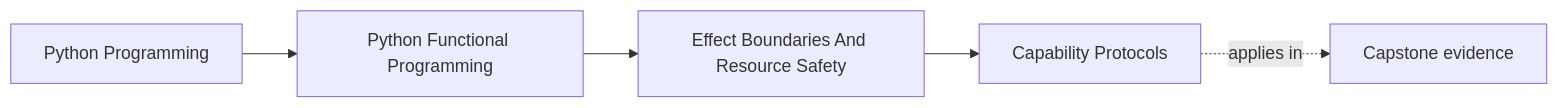
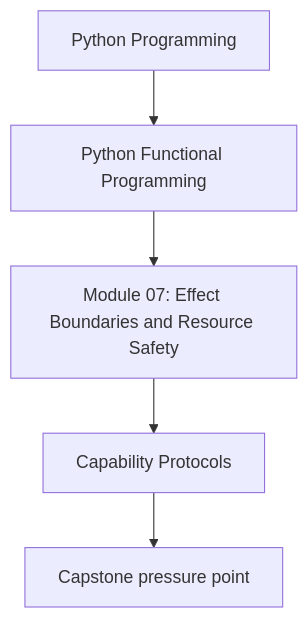
The first of 2 diagrams in programs/python-programming/python-functional-programming/course-book/module-07-effect-boundaries-and-resource-safety/capability-protocols.md (bijux/bijux-masterclass), drawn with Mermaid before and after one commit. The commit also changed other lines of this file and 118 other files, not shown here.

Commit message:
docs(python-functional-programming): align concept page diagrams

````diff
--- a/programs/python-programming/python-functional-programming/course-book/module-07-effect-boundaries-and-resource-safety/capability-protocols.md
+++ b/programs/python-programming/python-functional-programming/course-book/module-07-effect-boundaries-and-resource-safety/capability-protocols.md
@@ -7,11 +7,7 @@
 ```mermaid
-graph LR
-  family["Python Programming"]
-  program["Python Functional Programming"]
-  section["Effect Boundaries And Resource Safety"]
-  page["Capability Protocols"]
-  capstone["Capstone evidence"]
-
-  family --> program --> section --> page
-  page -.applies in.-> capstone
+flowchart TD
+  family["Python Programming"] --> program["Python Functional Programming"]
+  program --> module["Module 07: Effect Boundaries and Resource Safety"]
+  module --> concept["Capability Protocols"]
+  concept --> capstone["Capstone pressure point"]
 ```
````
